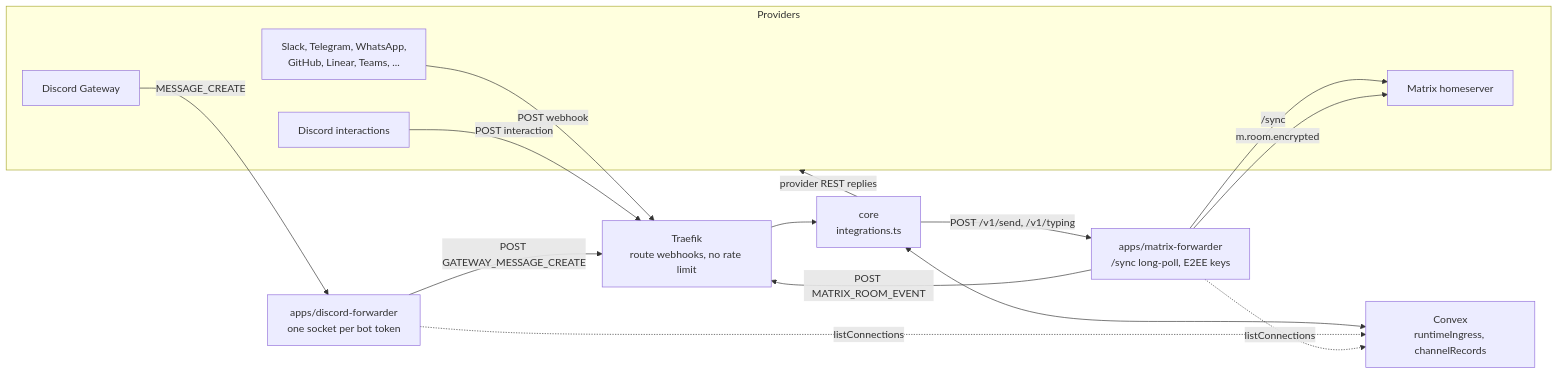
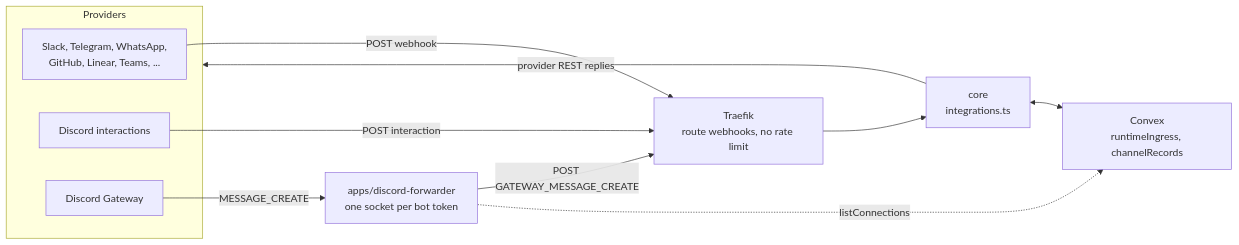
One commit to beeblastco/broods changed the first of 5 diagrams in apps/docs/docs/internals/channels.md. Above: the diagram before and after it, drawn with Mermaid. The commit also changed other lines of this file and 77 other files, not shown here.

First line of the commit message:
chore!: remove the Matrix channel and apps/matrix-forwarder

````diff
--- a/apps/docs/docs/internals/channels.md
+++ b/apps/docs/docs/internals/channels.md
@@ -23,28 +22,21 @@
 ```mermaid
 flowchart LR
   subgraph providers["Providers"]
     Hook["Slack, Telegram, WhatsApp,<br/>GitHub, Linear, Teams, ..."]
     DInt["Discord interactions"]
     DGw["Discord Gateway"]
-    HS["Matrix homeserver"]
   end
   DF["apps/discord-forwarder<br/>one socket per bot token"]
-  MF["apps/matrix-forwarder<br/>/sync long-poll, E2EE keys"]
   T["Traefik<br/>route webhooks, no rate limit"]
   C["core<br/>integrations.ts"]
   CX["Convex<br/>runtimeIngress, channelRecords"]
 
   Hook -->|"POST webhook"| T
   DInt -->|"POST interaction"| T
   DGw -->|"MESSAGE_CREATE"| DF
   DF -->|"POST GATEWAY_MESSAGE_CREATE"| T
-  MF -->|"/sync"| HS
-  MF -->|"POST MATRIX_ROOM_EVENT"| T
   T --> C
   C <--> CX
   DF -.->|"listConnections"| CX
-  MF -.->|"listConnections"| CX
   C -->|"provider REST replies"| providers
-  C -->|"POST /v1/send, /v1/typing"| MF
-  MF -->|"m.room.encrypted"| HS
 ```
````
